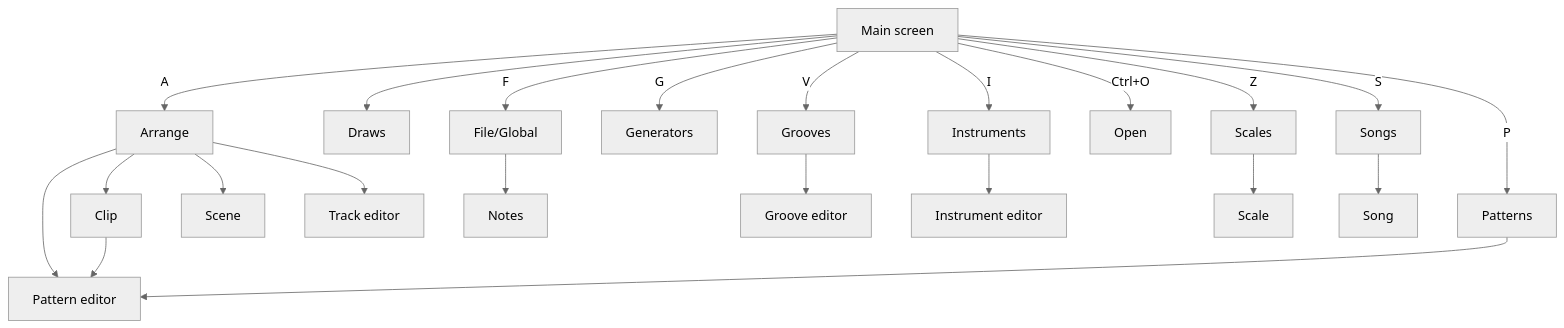
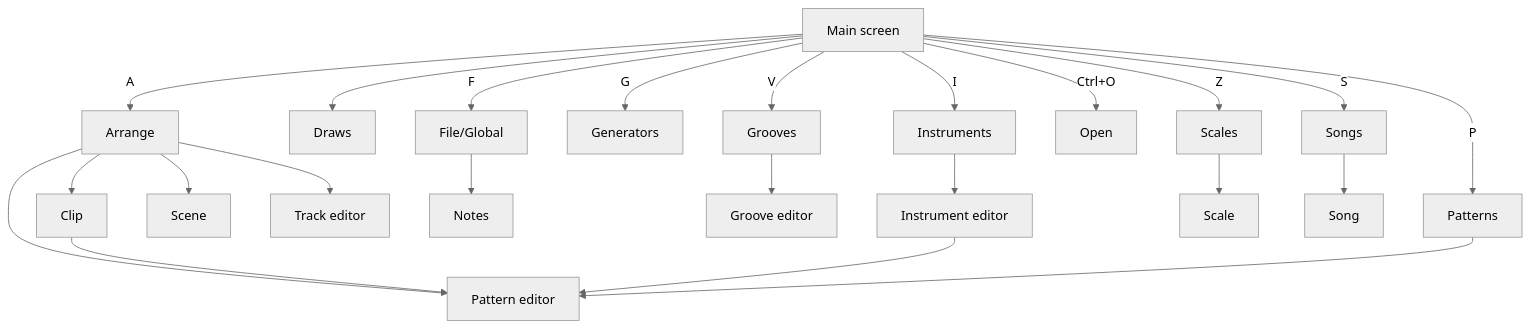
The diagram in docs/GETTING_STARTED.md (mpdehaan/llamatron), drawn with Mermaid (neutral theme) before and after one commit. The commit also changed 15 other files, not shown here.

Commit message:
The Instrument page's Preview pattern button opens the instrument's own pattern in the pattern editor, made as one undo step, under a hidden chromatic scale on C; Listen on the page and in the pattern plays it through the instrument, looping; a preview cannot be renamed or split.

````diff
--- a/docs/GETTING_STARTED.md
+++ b/docs/GETTING_STARTED.md
@@ -170,44 +170,45 @@
 ```mermaid
 flowchart TD
     MainPage["Main screen"]
     ArrangePage["Arrange"]
     DrawsPage["Draws"]
     FilePage["File/Global"]
     GeneratorsPage["Generators"]
     GroovesPage["Grooves"]
     InstrumentsPage["Instruments"]
     OpenPage["Open"]
     PatternsPage["Patterns"]
     ScalesPage["Scales"]
     SongsPage["Songs"]
     ClipPage["Clip"]
     PatternEditor["Pattern editor"]
     ScenePage["Scene"]
     TrackEditor["Track editor"]
     NotesPage["Notes"]
     GrooveEditor["Groove editor"]
     InstrumentEditor["Instrument editor"]
     ScalePage["Scale"]
     SongPage["Song"]
     ArrangePage --> ClipPage
     ArrangePage --> PatternEditor
     ArrangePage --> ScenePage
     ArrangePage --> TrackEditor
     ClipPage --> PatternEditor
     FilePage --> NotesPage
     GroovesPage --> GrooveEditor
+    InstrumentEditor --> PatternEditor
     InstrumentsPage --> InstrumentEditor
     MainPage -- "A" --> ArrangePage
     MainPage --> DrawsPage
     MainPage -- "F" --> FilePage
     MainPage -- "G" --> GeneratorsPage
     MainPage -- "V" --> GroovesPage
     MainPage -- "I" --> InstrumentsPage
     MainPage -- "Ctrl+O" --> OpenPage
     MainPage -- "P" --> PatternsPage
     MainPage -- "Z" --> ScalesPage
     MainPage -- "S" --> SongsPage
     PatternsPage --> PatternEditor
     ScalesPage --> ScalePage
     SongsPage --> SongPage
 ```
````
